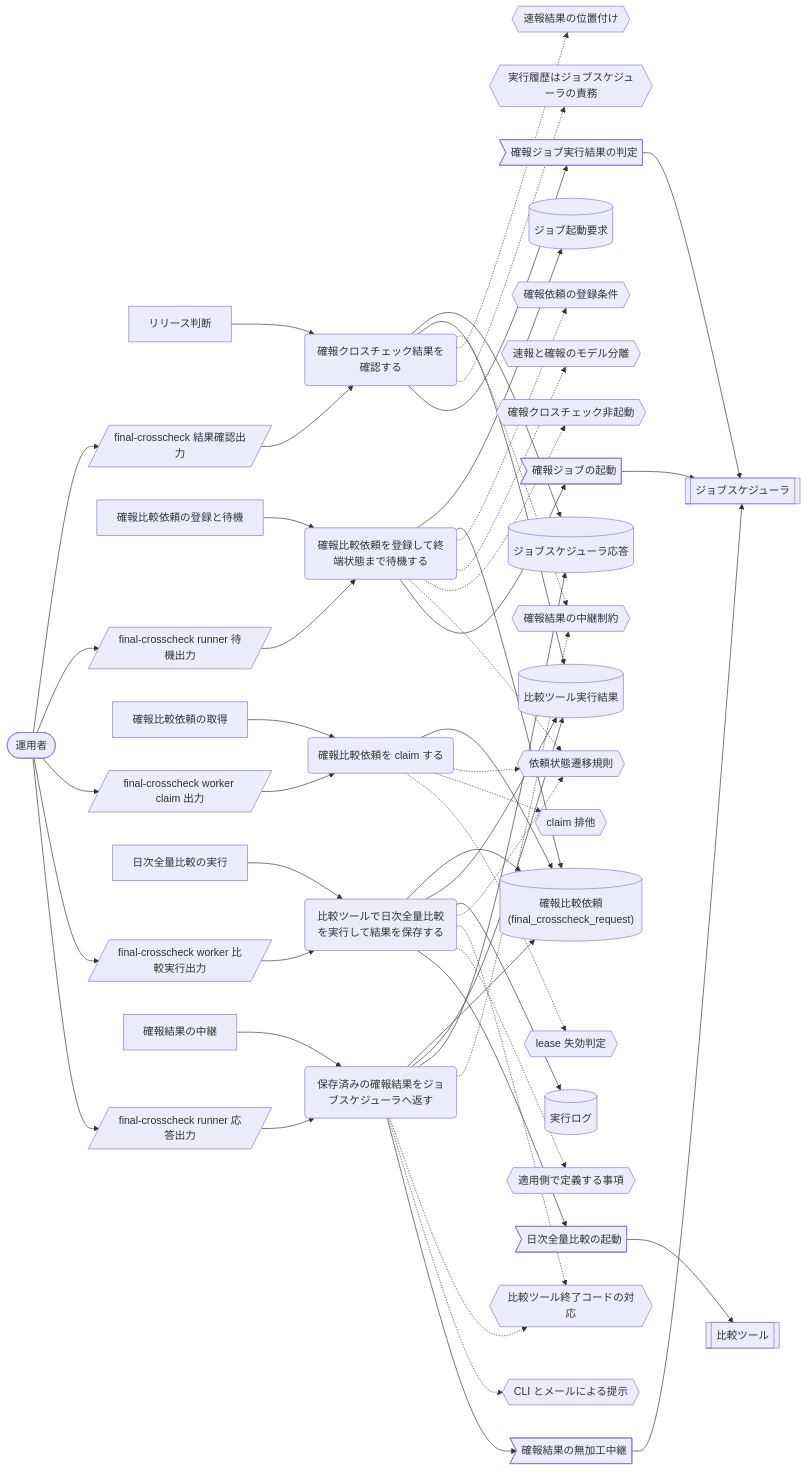
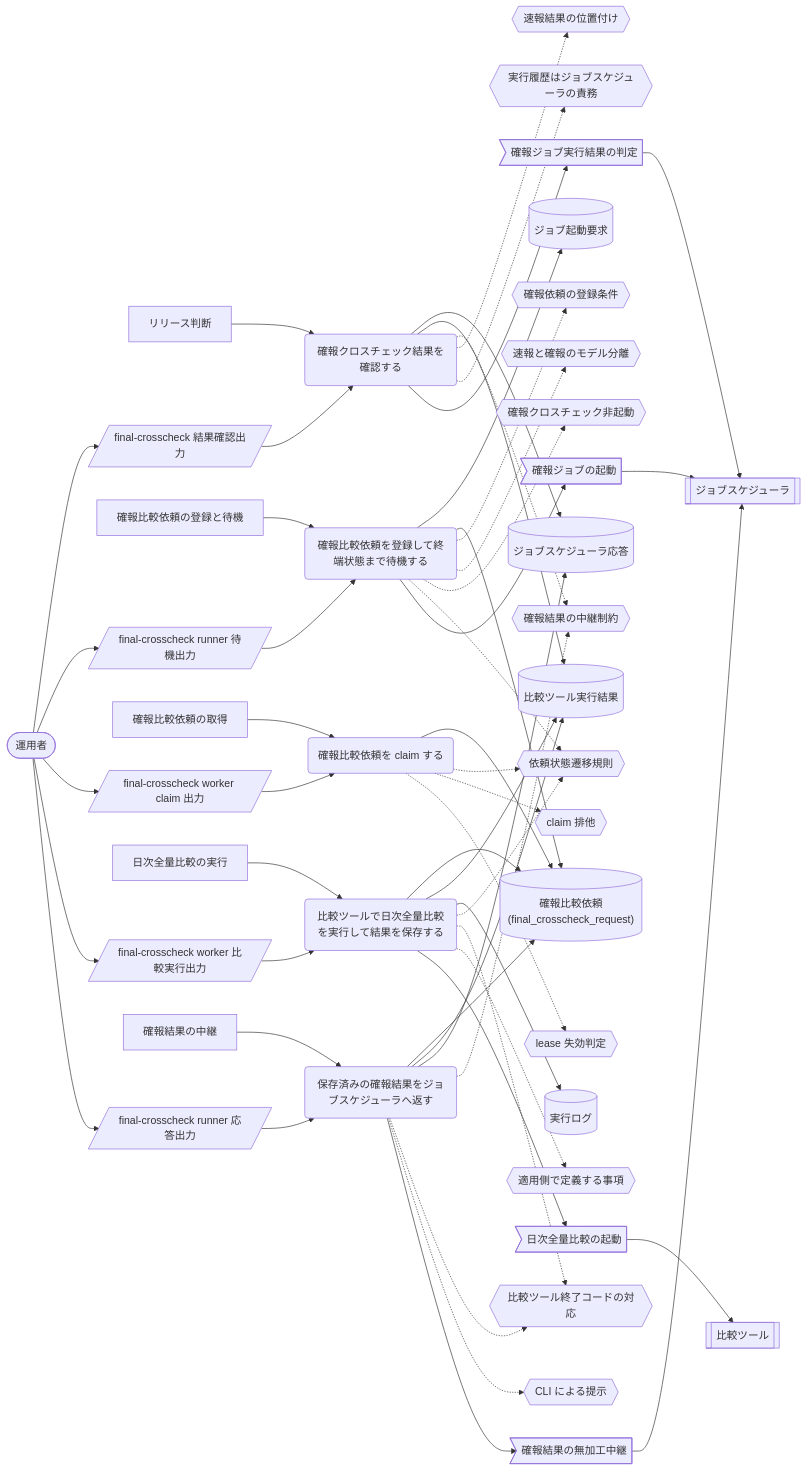
The third of 8 diagrams in docs/rdra/latest/views/04_UC複合図.md (suwa-sh/relay-gate), drawn with Mermaid before and after one commit. The commit also changed other lines of this file and 2131 other files, not shown here.

```diff
--- a/docs/rdra/latest/views/04_UC複合図.md
+++ b/docs/rdra/latest/views/04_UC複合図.md
@@ -324,7 +324,7 @@
   EX2[["比較ツール"]]
   UC5("保存済みの確報結果をジョブスケジューラへ返す")
   AT5["確報結果の中継"]
-  CD12{{"CLI とメールによる提示"}}
+  CD12{{"CLI による提示"}}
   SC5[/"final-crosscheck runner 応答出力"/]
   EV4>"確報結果の無加工中継"]
   AT1 --> UC1
```
